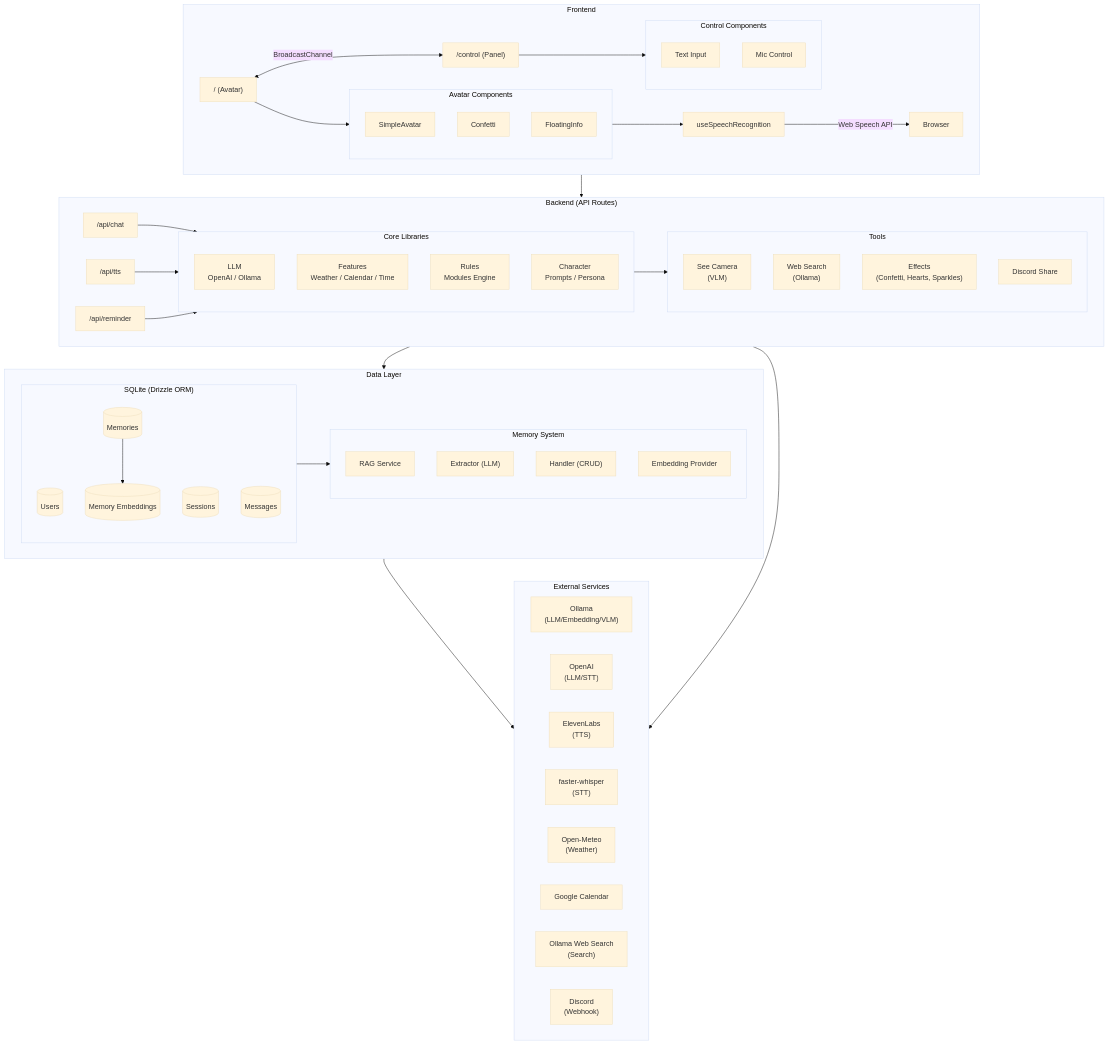
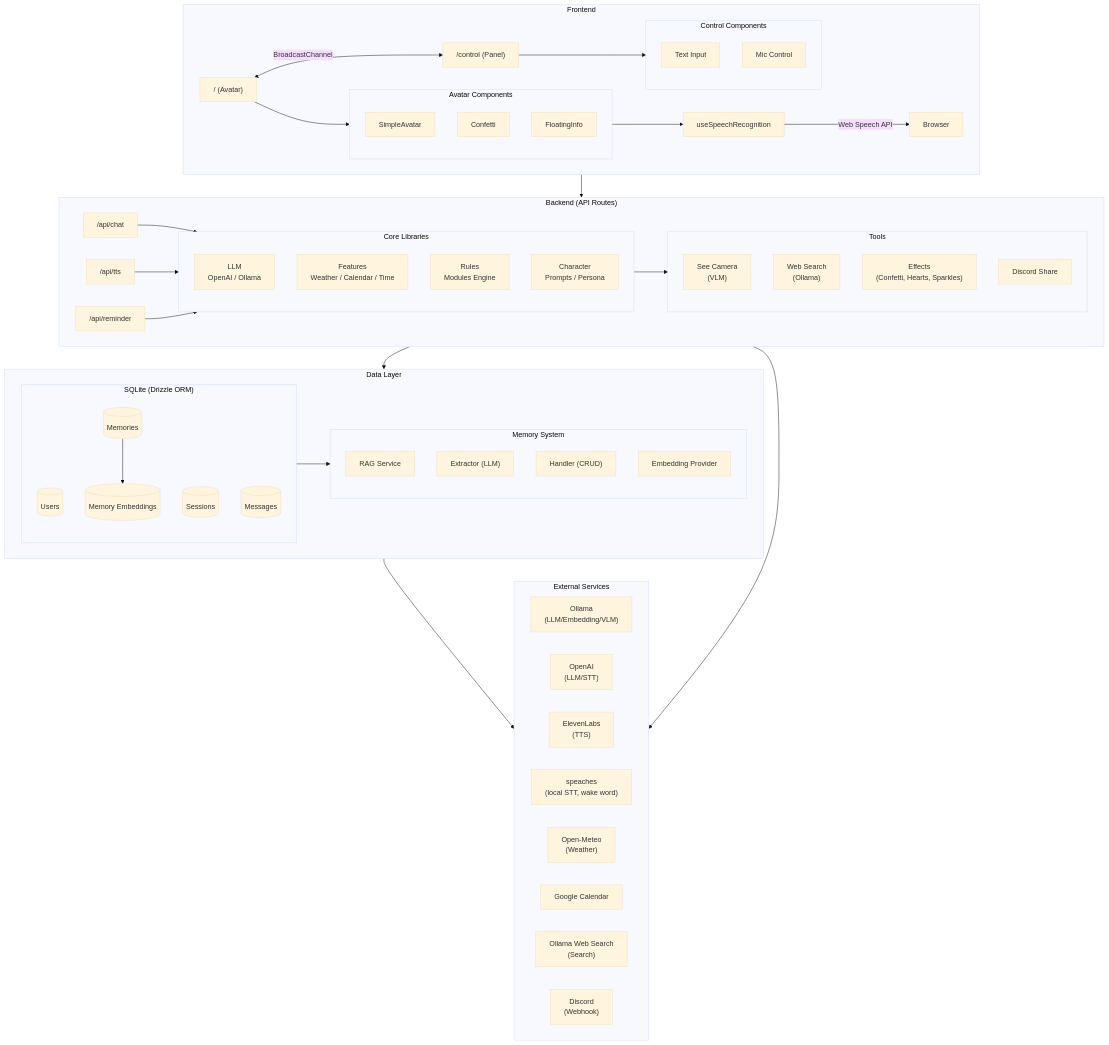
Before and after one commit to barrax63/mirrormate: the diagram in docs/guide/architecture.md, drawn with Mermaid (base theme). The commit also changed other lines of this file and 34 other files, not shown here.

```diff
--- a/docs/guide/architecture.md
+++ b/docs/guide/architecture.md
@@ -79,7 +79,7 @@
         Ollama["Ollama<br/>(LLM/Embedding/VLM)"]
         OpenAI["OpenAI<br/>(LLM/STT)"]
         ElevenLabs["ElevenLabs<br/>(TTS)"]
-        Whisper["faster-whisper<br/>(STT)"]
+        Whisper["speaches<br/>(local STT, wake word)"]
         OpenMeteo["Open-Meteo<br/>(Weather)"]
         GoogleCal["Google Calendar"]
         OllamaSearch["Ollama Web Search<br/>(Search)"]
```
